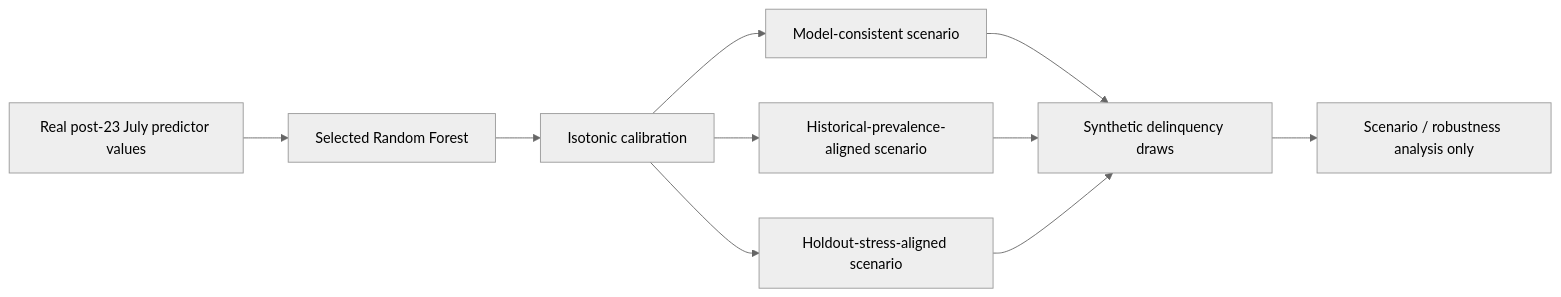
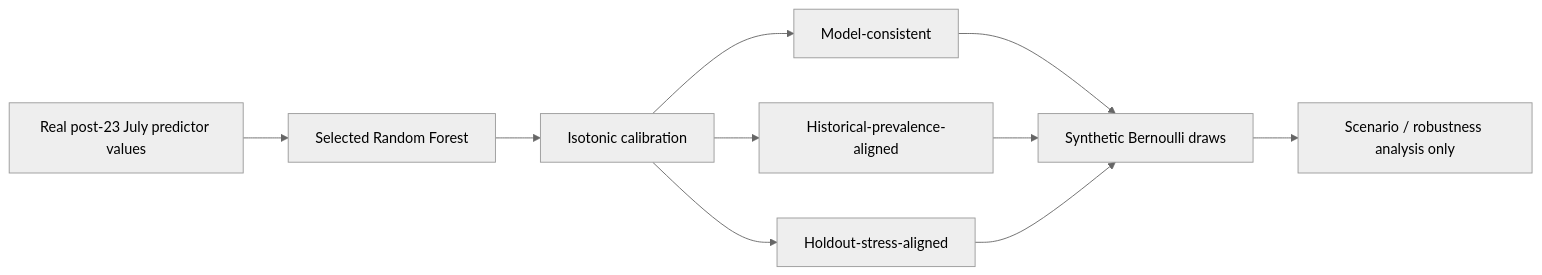
One commit to Oyd72/telecom-delinquency-capstone changed the first of 2 diagrams in docs/model-documentation/module4_experiment_record.md. Above: the diagram before and after it, drawn with Mermaid (neutral theme). The commit also changed other lines of this file, not shown here.

Commit message:
Record synthetic scenario results and visuals

````diff
--- a/docs/model-documentation/module4_experiment_record.md
+++ b/docs/model-documentation/module4_experiment_record.md
@@ -509,12 +509,12 @@
 ```mermaid
 flowchart LR
     A[Real post-23 July predictor values] --> B[Selected Random Forest]
     B --> C[Isotonic calibration]
-    C --> D[Model-consistent scenario]
-    C --> E[Historical-prevalence-aligned scenario]
-    C --> F[Holdout-stress-aligned scenario]
-    D --> G[Synthetic delinquency draws]
+    C --> D[Model-consistent]
+    C --> E[Historical-prevalence-aligned]
+    C --> F[Holdout-stress-aligned]
+    D --> G[Synthetic Bernoulli draws]
     E --> G
     F --> G
     G --> H[Scenario / robustness analysis only]
 ```
````
